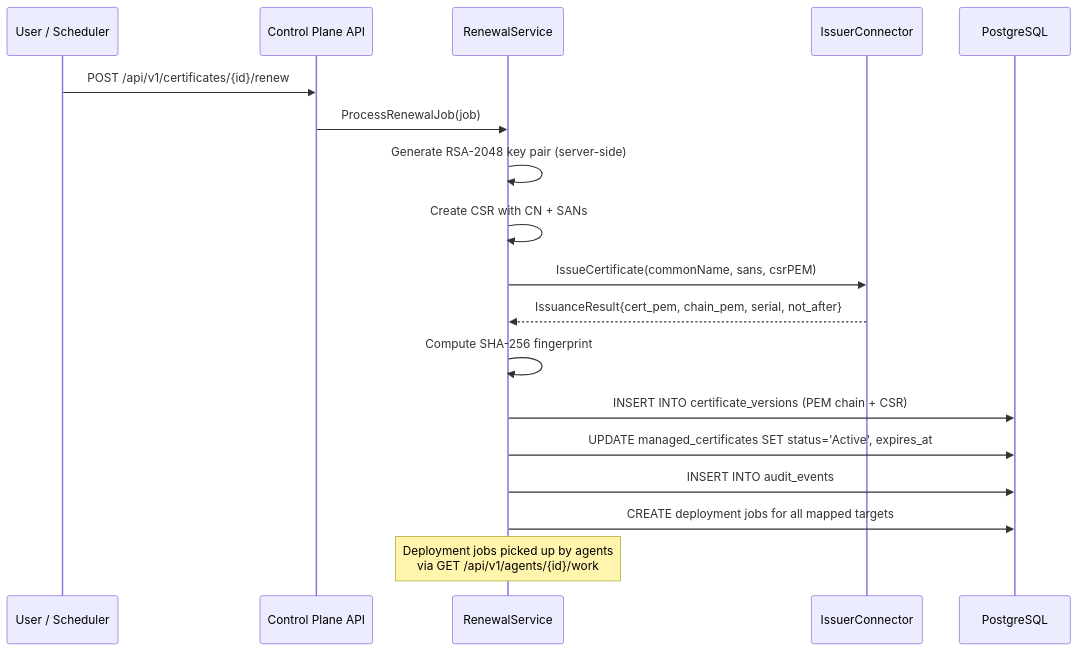
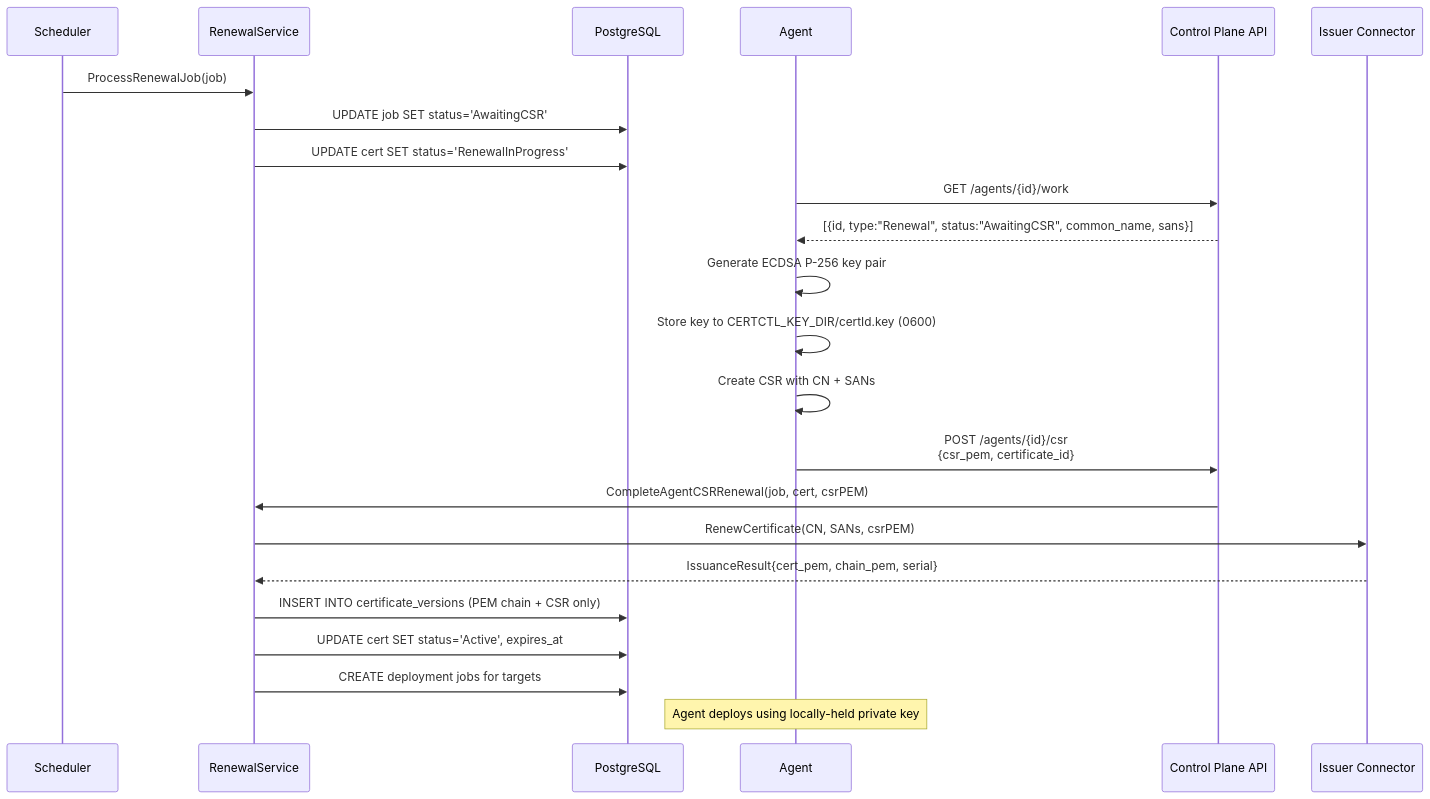
The fourth of 11 diagrams in docs/architecture.md (certctl-io/certctl), drawn with Mermaid before and after one commit. The commit also changed other lines of this file and 14 other files, not shown here.

First line of the commit message:
Implement M8: agent-side key generation with ECDSA P-256

````diff
--- a/docs/architecture.md
+++ b/docs/architecture.md
@@ -241,24 +241,30 @@
 ```mermaid
 sequenceDiagram
-    participant U as User / Scheduler
+    participant S as Scheduler
+    participant SVC as RenewalService
+    participant DB as PostgreSQL
+    participant A as Agent
     participant API as Control Plane API
-    participant SVC as RenewalService
-    participant ISS as IssuerConnector
-    participant DB as PostgreSQL
+    participant ISS as Issuer Connector
 
-    U->>API: POST /api/v1/certificates/{id}/renew
-    API->>SVC: ProcessRenewalJob(job)
+    S->>SVC: ProcessRenewalJob(job)
+    SVC->>DB: UPDATE job SET status='AwaitingCSR'
+    SVC->>DB: UPDATE cert SET status='RenewalInProgress'
 
-    SVC->>SVC: Generate RSA-2048 key pair (server-side)
-    SVC->>SVC: Create CSR with CN + SANs
-    SVC->>ISS: IssueCertificate(commonName, sans, csrPEM)
-    ISS-->>SVC: IssuanceResult{cert_pem, chain_pem, serial, not_after}
+    A->>API: GET /agents/{id}/work
+    API-->>A: [{id, type:"Renewal", status:"AwaitingCSR", common_name, sans}]
 
-    SVC->>SVC: Compute SHA-256 fingerprint
-    SVC->>DB: INSERT INTO certificate_versions (PEM chain + CSR)
-    SVC->>DB: UPDATE managed_certificates SET status='Active', expires_at
-    SVC->>DB: INSERT INTO audit_events
-    SVC->>DB: CREATE deployment jobs for all mapped targets
+    A->>A: Generate ECDSA P-256 key pair
+    A->>A: Store key to CERTCTL_KEY_DIR/certId.key (0600)
+    A->>A: Create CSR with CN + SANs
 
-    Note over SVC: Deployment jobs picked up by agents<br/>via GET /api/v1/agents/{id}/work
+    A->>API: POST /agents/{id}/csr<br/>{csr_pem, certificate_id}
+    API->>SVC: CompleteAgentCSRRenewal(job, cert, csrPEM)
+    SVC->>ISS: RenewCertificate(CN, SANs, csrPEM)
+    ISS-->>SVC: IssuanceResult{cert_pem, chain_pem, serial}
+    SVC->>DB: INSERT INTO certificate_versions (PEM chain + CSR only)
+    SVC->>DB: UPDATE cert SET status='Active', expires_at
+    SVC->>DB: CREATE deployment jobs for targets
+
+    Note over A: Agent deploys using locally-held private key
 ```
````
